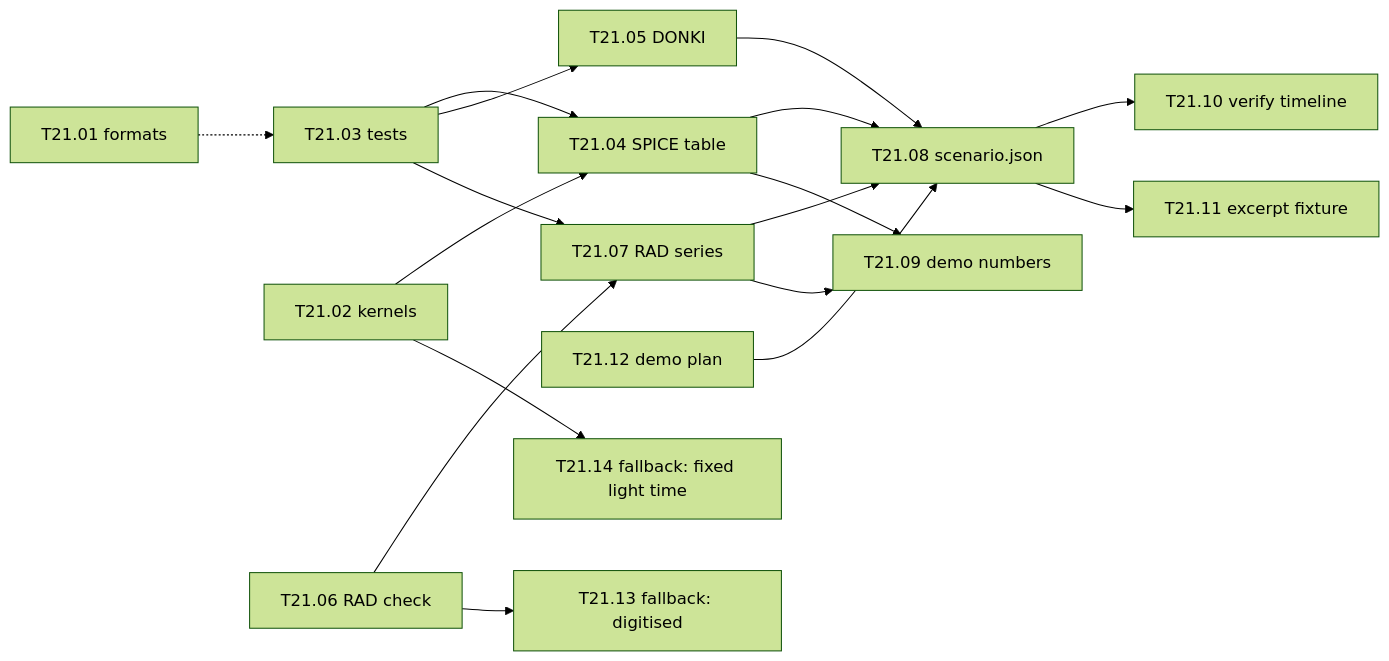
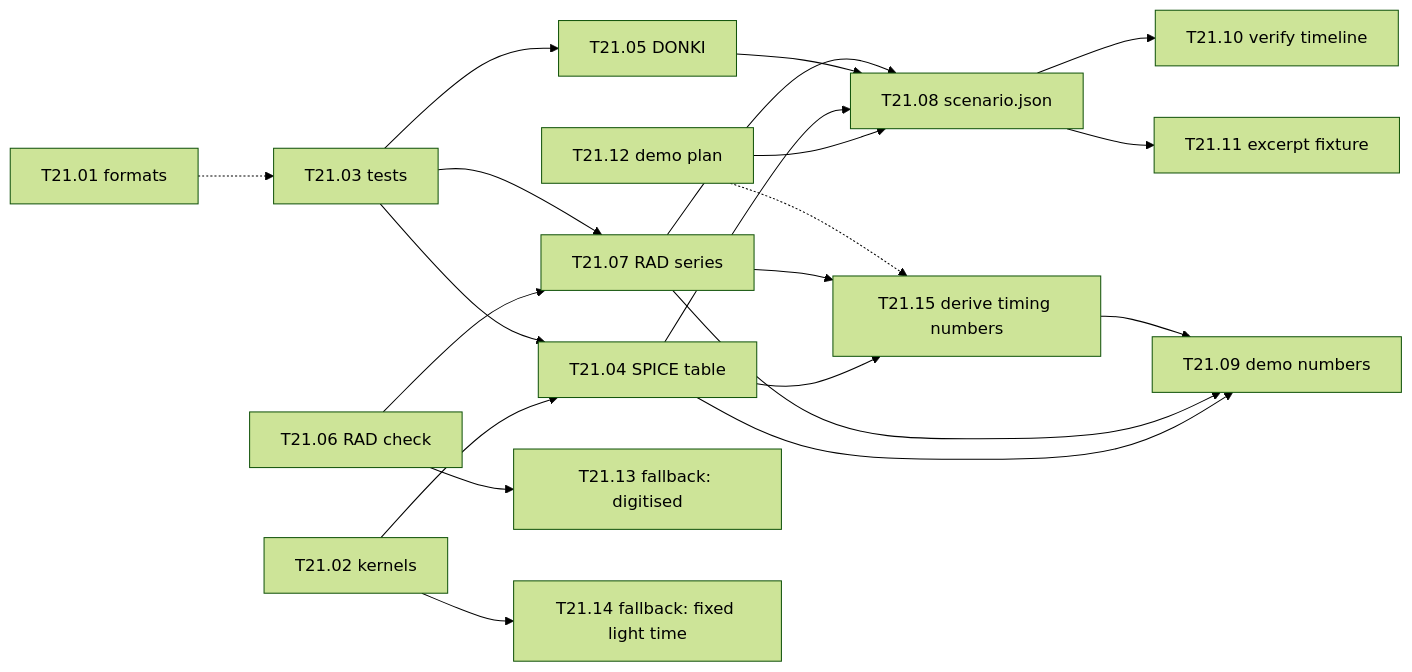
The diagram in docs/tasks/TASK-21_scenario-builder.md (tashobi02/Gale-Surface-Ops), drawn with Mermaid (forest theme) before and after one commit. The commit also changed other lines of this file and 3 other files, not shown here.

First line of the commit message:
coord: add T21.15 (derive the demo timing numbers) and T21.09 to the docs/specs owners (FR-34, FR-37, FR-38, FR-43)

````diff
--- a/docs/tasks/TASK-21_scenario-builder.md
+++ b/docs/tasks/TASK-21_scenario-builder.md
@@ -351,19 +380,23 @@
 ```mermaid
 flowchart LR
   T21_01["T21.01 formats"] -.-> T21_03["T21.03 tests"]
   T21_02["T21.02 kernels"] --> T21_04["T21.04 SPICE table"]
   T21_03 --> T21_04
   T21_03 --> T21_05["T21.05 DONKI"]
   T21_06["T21.06 RAD check"] --> T21_07["T21.07 RAD series"]
   T21_03 --> T21_07
   T21_12["T21.12 demo plan"] --> T21_08["T21.08 scenario.json"]
   T21_04 --> T21_08
   T21_05 --> T21_08
   T21_07 --> T21_08
   T21_04 --> T21_09["T21.09 demo numbers"]
   T21_07 --> T21_09
   T21_08 --> T21_10["T21.10 verify timeline"]
   T21_08 --> T21_11["T21.11 excerpt fixture"]
   T21_06 --> T21_13["T21.13 fallback: digitised"]
   T21_02 --> T21_14["T21.14 fallback: fixed light time"]
+  T21_04 --> T21_15["T21.15 derive timing numbers"]
+  T21_07 --> T21_15
+  T21_12 -.-> T21_15
+  T21_15 --> T21_09
 ```
````
